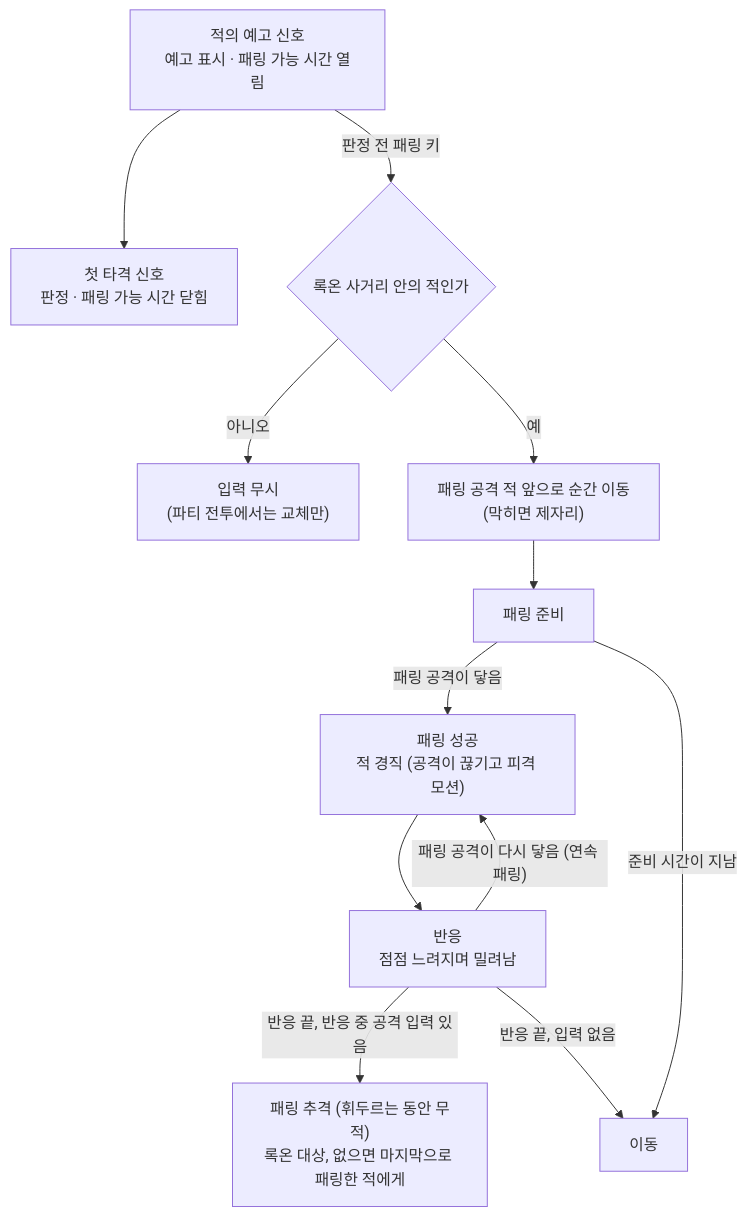
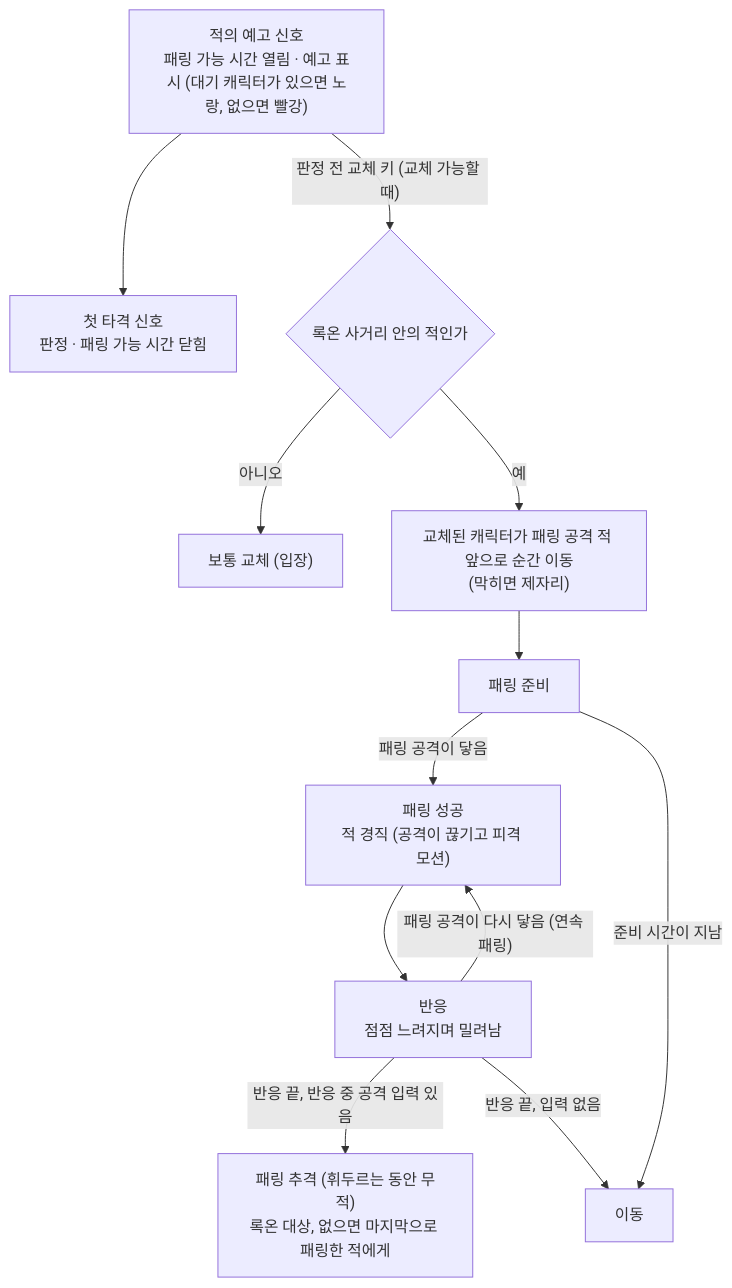
One commit to SquashPrince/Develrocket_mp15_HHH changed the third of 3 diagrams in Docs/Technical/Player/PlayerHit.md. Above: the diagram before and after it, drawn with Mermaid. The commit also changed other lines of this file and 10 other files, not shown here.

````diff
--- a/Docs/Technical/Player/PlayerHit.md
+++ b/Docs/Technical/Player/PlayerHit.md
@@ -94,14 +97,14 @@
 ```mermaid
 flowchart TD
-    Y["적의 예고 신호<br>예고 표시 · 패링 가능 시간 열림"] --> J["첫 타격 신호<br>판정 · 패링 가능 시간 닫힘"]
-    Y -->|"판정 전 패링 키"| D{"록온 사거리 안의 적인가"}
-    D -->|"아니오"| N["입력 무시<br>(파티 전투에서는 교체만)"]
-    D -->|"예"| T["패링 공격 적 앞으로 순간 이동<br>(막히면 제자리)"]
+    Y["적의 예고 신호<br>패링 가능 시간 열림 · 예고 표시 (대기 캐릭터가 있으면 노랑, 없으면 빨강)"] --> J["첫 타격 신호<br>판정 · 패링 가능 시간 닫힘"]
+    Y -->|"판정 전 교체 키 (교체 가능할 때)"| D{"록온 사거리 안의 적인가"}
+    D -->|"아니오"| N["보통 교체 (입장)"]
+    D -->|"예"| T["교체된 캐릭터가 패링 공격 적 앞으로 순간 이동<br>(막히면 제자리)"]
     T --> R["패링 준비"]
     R -->|"패링 공격이 닿음"| S["패링 성공<br>적 경직 (공격이 끊기고 피격 모션)"]
     R -->|"준비 시간이 지남"| L["이동"]
     S --> P["반응<br>점점 느려지며 밀려남"]
     P -->|"패링 공격이 다시 닿음 (연속 패링)"| S
     P -->|"반응 끝, 반응 중 공격 입력 있음"| C["패링 추격 (휘두르는 동안 무적)<br>록온 대상, 없으면 마지막으로 패링한 적에게"]
     P -->|"반응 끝, 입력 없음"| L
 ```
````
